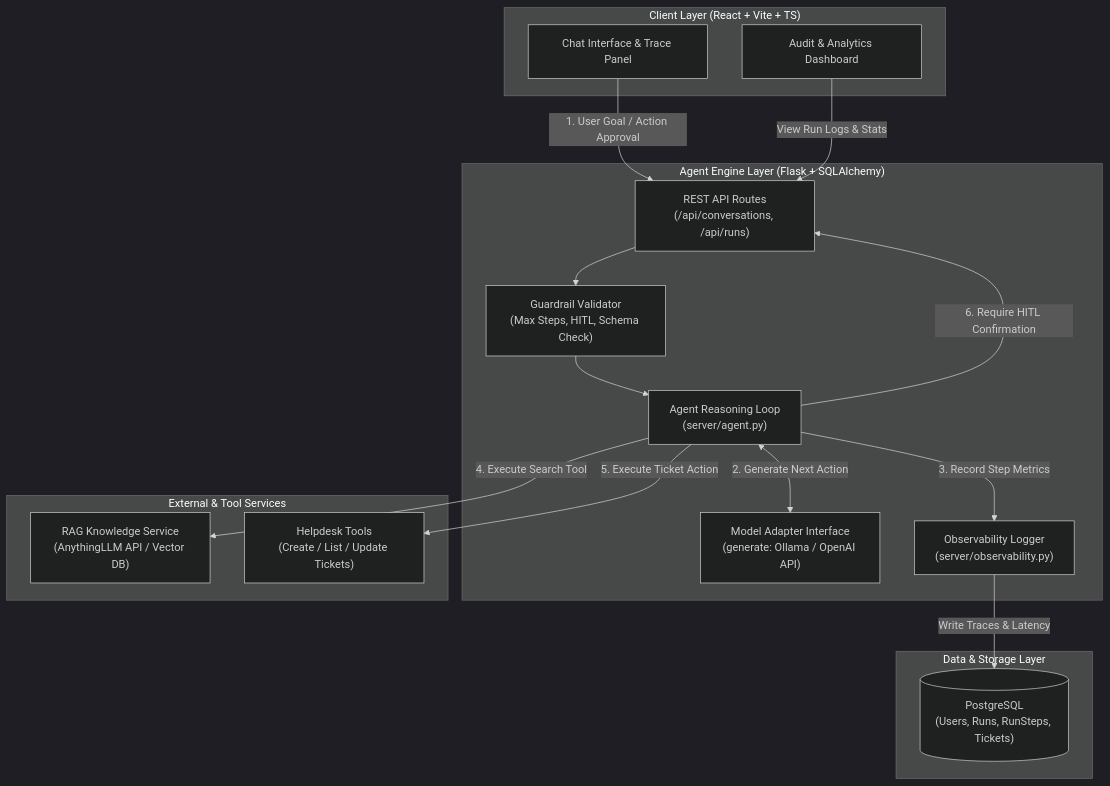
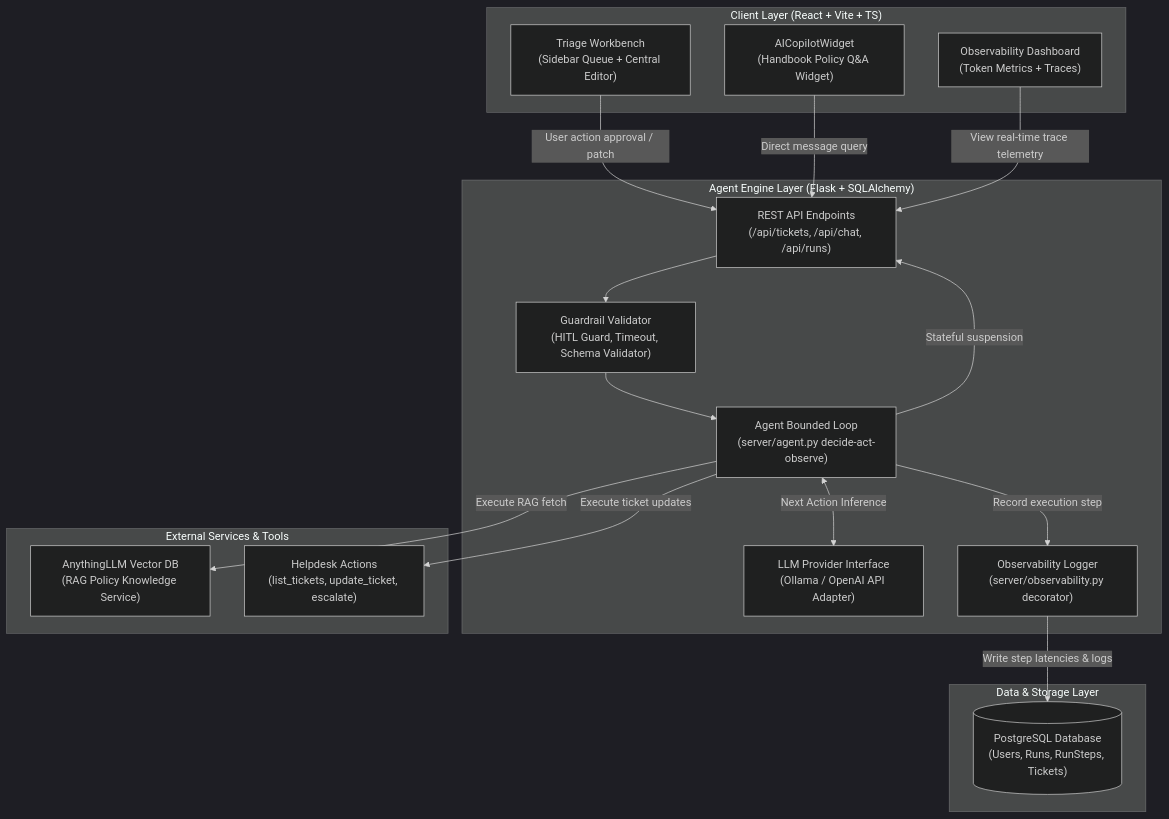
The diagram in README.md (freeleons/RAG-Agentic-Project), drawn with Mermaid (dark theme) before and after one commit. The commit also changed other lines of this file, not shown here.

````diff
--- a/README.md
+++ b/README.md
@@ -58,35 +37,37 @@
 ```mermaid
 flowchart TD
     subgraph Client ["Client Layer (React + Vite + TS)"]
-        UI["Chat Interface & Trace Panel"]
-        AuditUI["Audit & Analytics Dashboard"]
+        UI["Triage Workbench\n(Sidebar Queue + Central Editor)"]
+        Copilot["AICopilotWidget\n(Handbook Policy Q&A Widget)"]
+        AuditUI["Observability Dashboard\n(Token Metrics + Traces)"]
     end
 
     subgraph Backend ["Agent Engine Layer (Flask + SQLAlchemy)"]
-        API["REST API Routes\n(/api/conversations, /api/runs)"]
-        Guard["Guardrail Validator\n(Max Steps, HITL, Schema Check)"]
-        Engine["Agent Reasoning Loop\n(server/agent.py)"]
-        LLM_Adapter["Model Adapter Interface\n(generate: Ollama / OpenAI API)"]
-        Obs["Observability Logger\n(server/observability.py)"]
+        API["REST API Endpoints\n(/api/tickets, /api/chat, /api/runs)"]
+        Guard["Guardrail Validator\n(HITL Guard, Timeout, Schema Validator)"]
+        Engine["Agent Bounded Loop\n(server/agent.py decide-act-observe)"]
+        LLM_Adapter["LLM Provider Interface\n(Ollama / OpenAI API Adapter)"]
+        Obs["Observability Logger\n(server/observability.py decorator)"]
     end
 
     subgraph Data ["Data & Storage Layer"]
-        PG[("PostgreSQL\n(Users, Runs, RunSteps, Tickets)")]
+        PG[("PostgreSQL Database\n(Users, Runs, RunSteps, Tickets)")]
     end
 
-    subgraph Services ["External & Tool Services"]
-        KB["RAG Knowledge Service\n(AnythingLLM API / Vector DB)"]
-        Tools["Helpdesk Tools\n(Create / List / Update Tickets)"]
+    subgraph Services ["External Services & Tools"]
+        KB["AnythingLLM Vector DB\n(RAG Policy Knowledge Service)"]
+        Tools["Helpdesk Actions\n(list_tickets, update_ticket, escalate)"]
     end
 
-    UI -->|1. User Goal / Action Approval| API
-    AuditUI -->|View Run Logs & Stats| API
+    UI -->|User action approval / patch| API
+    Copilot -->|Direct message query| API
+    AuditUI -->|View real-time trace telemetry| API
     API --> Guard
     Guard --> Engine
-    Engine <-->|2. Generate Next Action| LLM_Adapter
-    Engine -->|3. Record Step Metrics| Obs
-    Obs -->|Write Traces & Latency| PG
-    Engine -->|4. Execute Search Tool| KB
-    Engine -->|5. Execute Ticket Action| Tools
-    Engine -->|6. Require HITL Confirmation| API
+    Engine <-->|Next Action Inference| LLM_Adapter
+    Engine -->|Record execution step| Obs
+    Obs -->|Write step latencies & logs| PG
+    Engine -->|Execute RAG fetch| KB
+    Engine -->|Execute ticket updates| Tools
+    Engine -->|Stateful suspension| API
 ```
````
